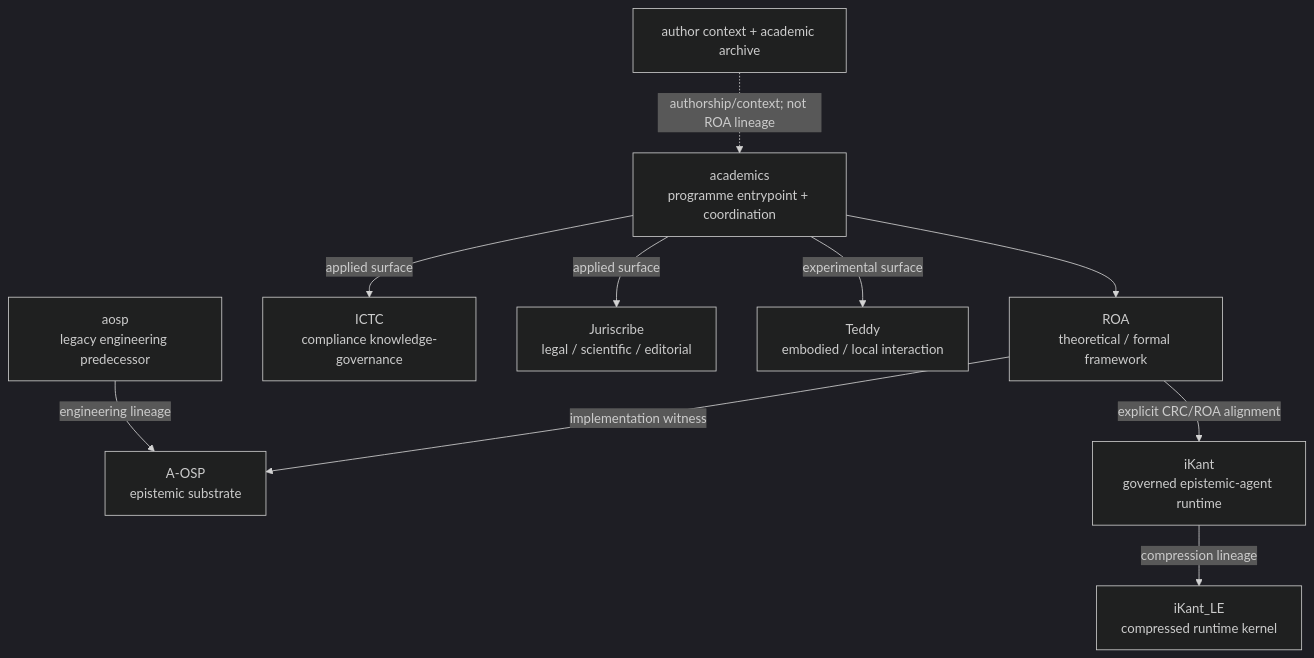
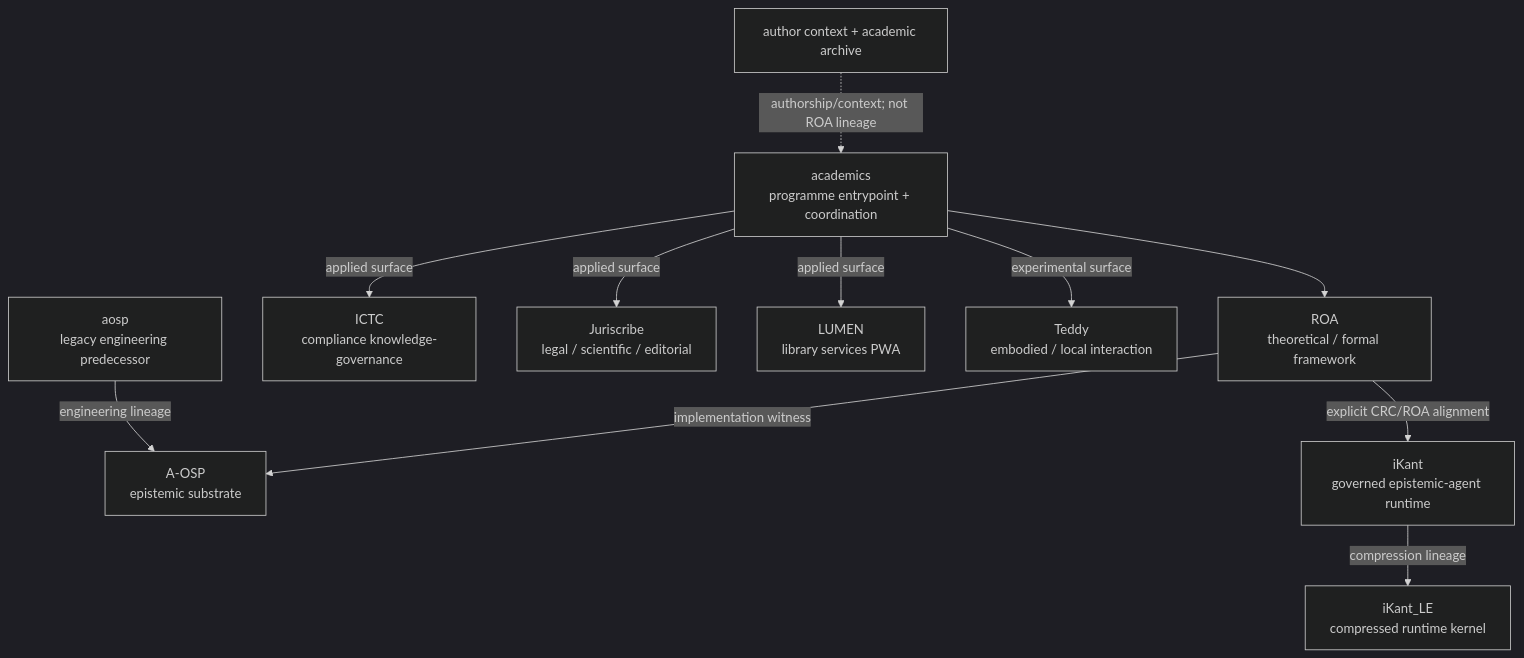
The first of 3 diagrams in README.md (Luke883i/academics), drawn with Mermaid (dark theme) before and after one commit. The commit also changed other lines of this file and 1 other file, not shown here.

Commit message:
docs(constellation): register LUMEN as applied library-services member with local authority

````diff
--- a/README.md
+++ b/README.md
@@ -27,23 +27,25 @@
 ```mermaid
 flowchart TB
     HUB["academics<br/>programme entrypoint + coordination"]
     ROA["ROA<br/>theoretical / formal framework"]
     AOSP["A-OSP<br/>epistemic substrate"]
     IK["iKant<br/>governed epistemic-agent runtime"]
     LE["iKant_LE<br/>compressed runtime kernel"]
     ICTC["ICTC<br/>compliance knowledge-governance"]
     JUR["Juriscribe<br/>legal / scientific / editorial"]
+    LUMEN["LUMEN<br/>library services PWA"]
     TED["Teddy<br/>embodied / local interaction"]
     LEG["aosp<br/>legacy engineering predecessor"]
     AUTHOR["author context + academic archive"]
 
     HUB --> ROA
     ROA -->|implementation witness| AOSP
     ROA -->|explicit CRC/ROA alignment| IK
     IK -->|compression lineage| LE
     HUB -->|applied surface| ICTC
     HUB -->|applied surface| JUR
+    HUB -->|applied surface| LUMEN
     HUB -->|experimental surface| TED
     LEG -->|engineering lineage| AOSP
     AUTHOR -. authorship/context; not ROA lineage .-> HUB
 ```
````
